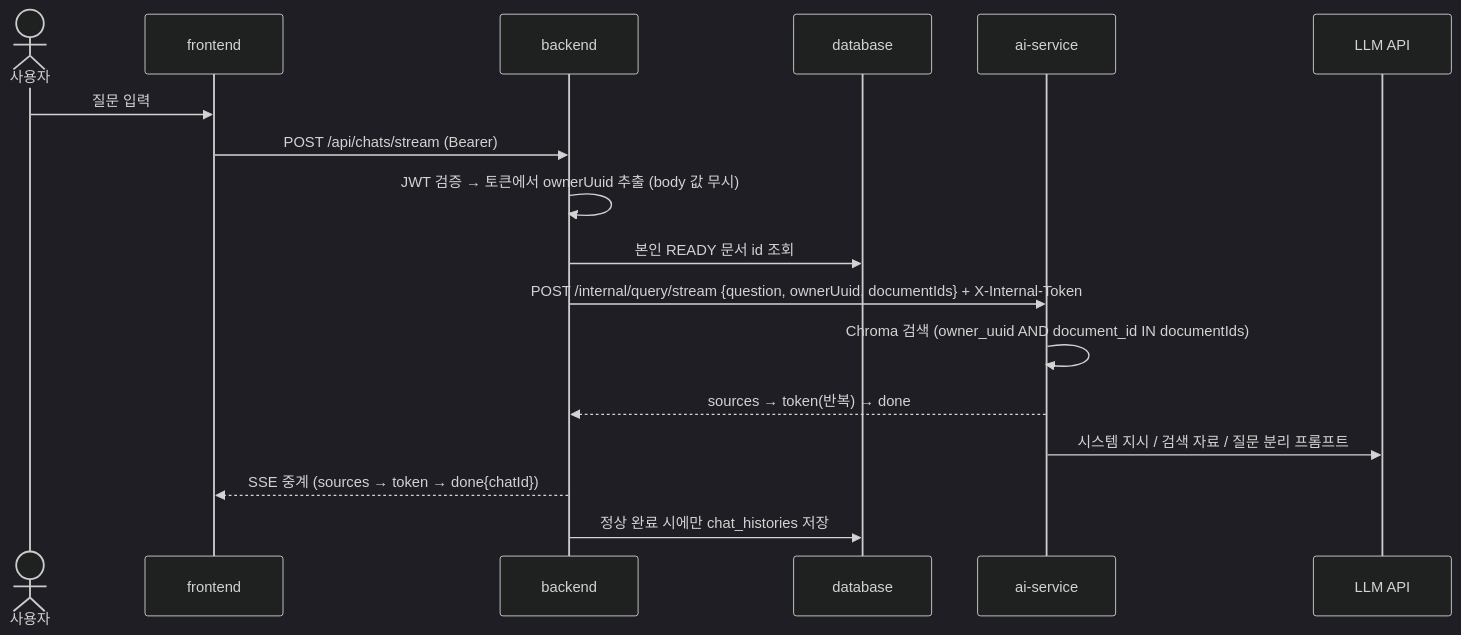
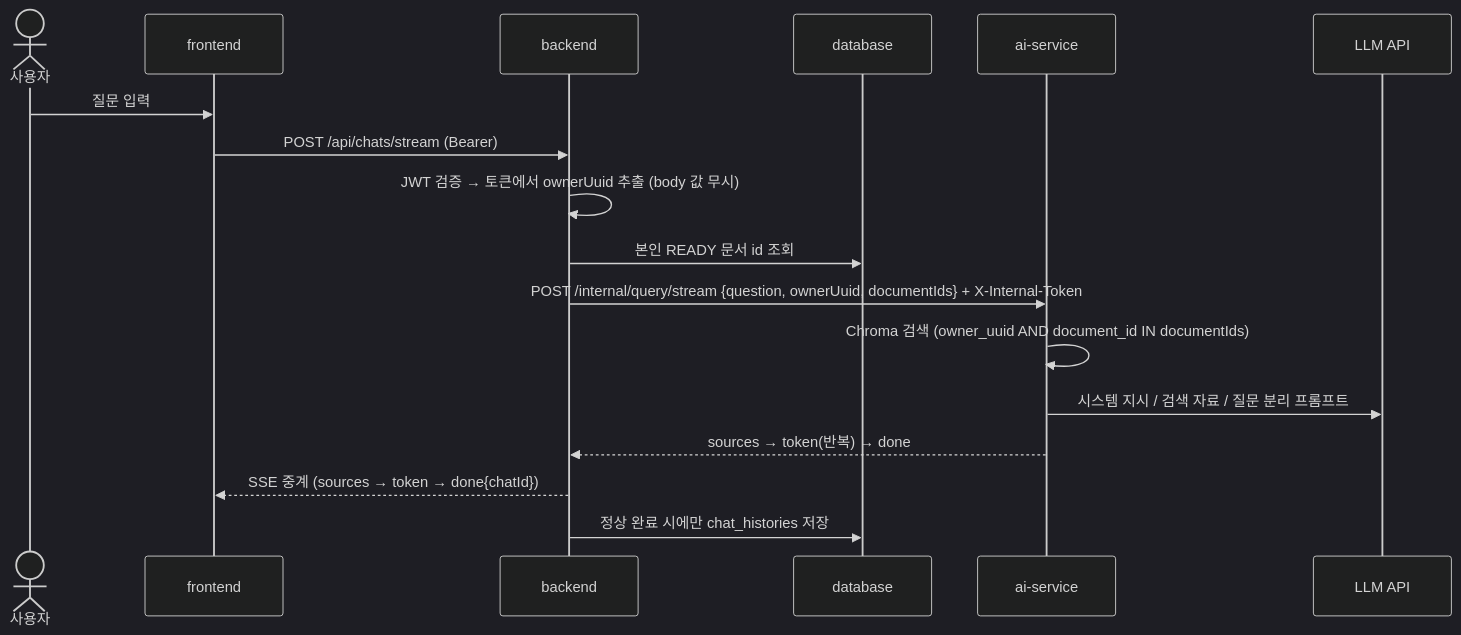
One commit to mini-project3-team2/Mini_Project_3 changed the second of 2 diagrams in docs/2.시스템아키텍처설계서.md. Above: the diagram before and after it, drawn with Mermaid (dark theme). The commit also changed other lines of this file, not shown here.

````diff
--- a/docs/2.시스템아키텍처설계서.md
+++ b/docs/2.시스템아키텍처설계서.md
@@ -117,20 +120,20 @@
 ```mermaid
 sequenceDiagram
     actor U as 사용자
     participant FE as frontend
     participant BE as backend
     participant DB as database
     participant AI as ai-service
     participant LLM as LLM API
 
     U->>FE: 질문 입력
     FE->>BE: POST /api/chats/stream (Bearer)
     BE->>BE: JWT 검증 → 토큰에서 ownerUuid 추출 (body 값 무시)
     BE->>DB: 본인 READY 문서 id 조회
     BE->>AI: POST /internal/query/stream {question, ownerUuid, documentIds} + X-Internal-Token
     AI->>AI: Chroma 검색 (owner_uuid AND document_id IN documentIds)
+    AI->>LLM: 시스템 지시 / 검색 자료 / 질문 분리 프롬프트
     AI-->>BE: sources → token(반복) → done
-    AI->>LLM: 시스템 지시 / 검색 자료 / 질문 분리 프롬프트
     BE-->>FE: SSE 중계 (sources → token → done{chatId})
     BE->>DB: 정상 완료 시에만 chat_histories 저장
 ```
````
